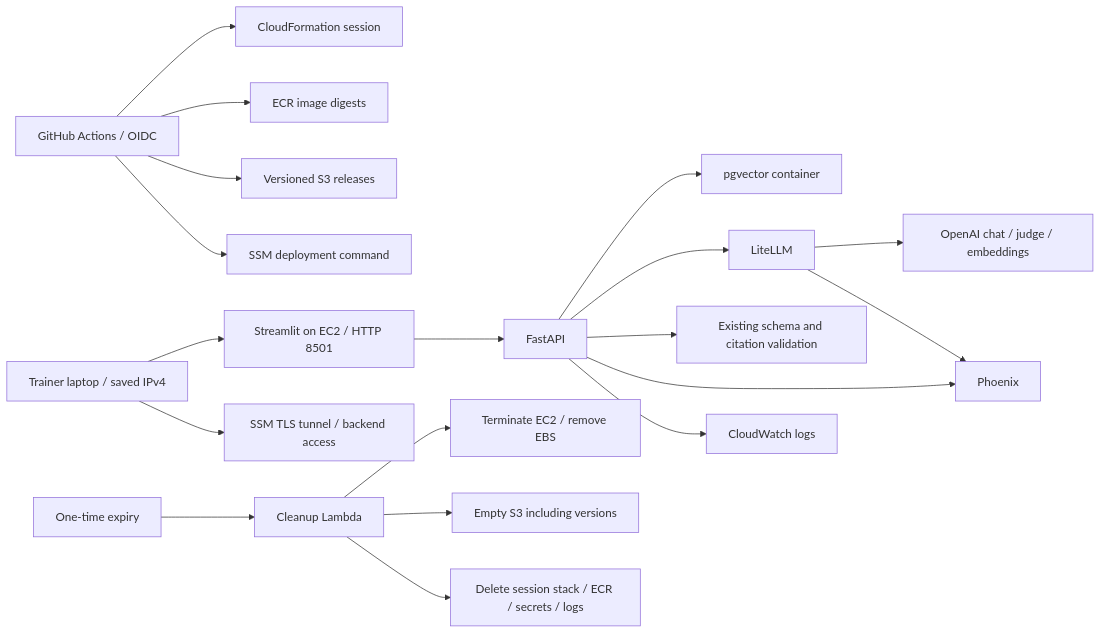
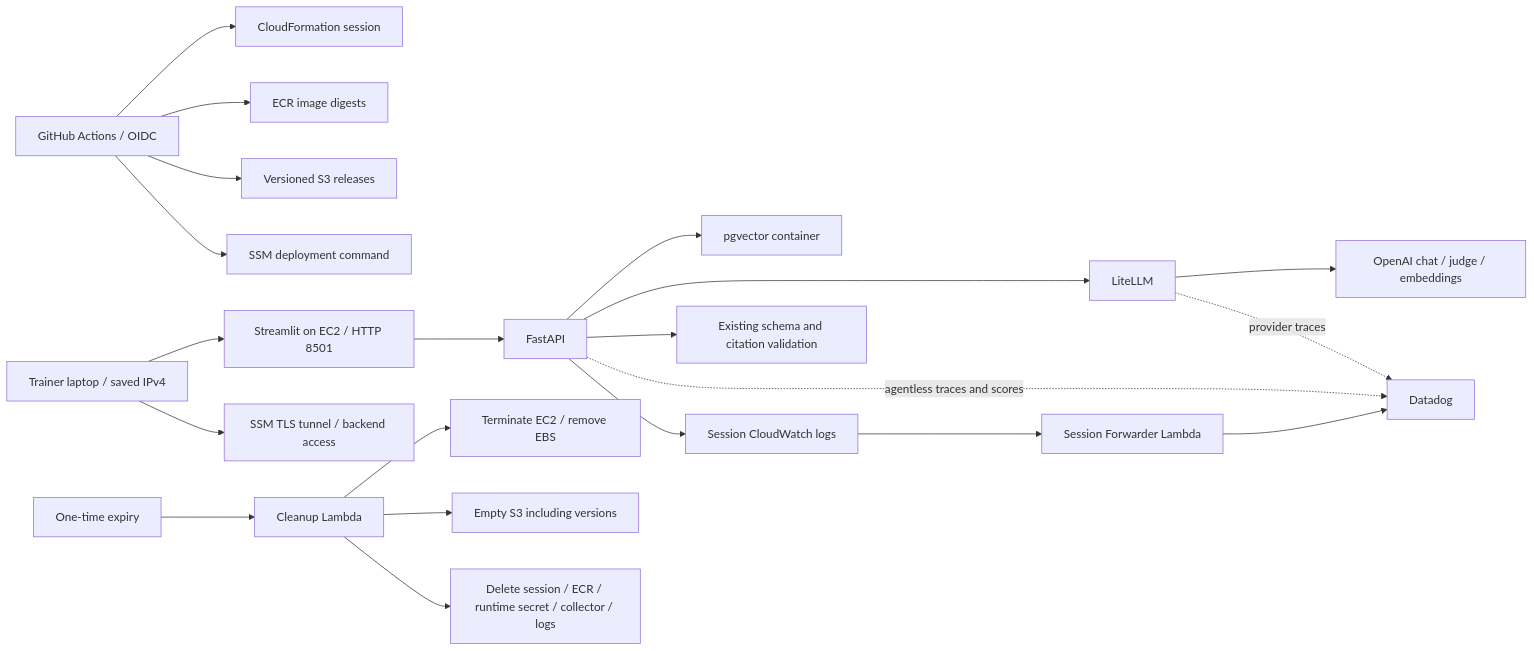
One commit to pankajshakya627/LLMOps changed the diagram in infra/aws/README.md. Above: the diagram before and after it, drawn with Mermaid. The commit also changed other lines of this file and 15 other files, not shown here.

First line of the commit message:
feat: expose session-tagged Datadog views from the AWS workflow

````diff
--- a/infra/aws/README.md
+++ b/infra/aws/README.md
@@ -39,21 +40,23 @@
 ```mermaid
 flowchart LR
     G[GitHub Actions / OIDC] --> C[CloudFormation session]
     G --> E[ECR image digests]
     G --> S[Versioned S3 releases]
     G --> M[SSM deployment command]
     U[Trainer laptop / saved IPv4] --> UI[Streamlit on EC2 / HTTP 8501]
     U --> T[SSM TLS tunnel / backend access]
     UI --> API[FastAPI]
     API --> PG[pgvector container]
     API --> L[LiteLLM]
     L --> B[OpenAI chat / judge / embeddings]
     API --> V[Existing schema and citation validation]
-    API --> P[Phoenix]
-    L --> P
-    API --> CW[CloudWatch logs]
+    API -. agentless traces and scores .-> D[Datadog]
+    L -. provider traces .-> D
+    API --> CW[Session CloudWatch logs]
+    CW --> F[Session Forwarder Lambda]
+    F --> D
     X[One-time expiry] --> CL[Cleanup Lambda]
     CL --> Stop[Terminate EC2 / remove EBS]
     CL --> Empty[Empty S3 including versions]
-    CL --> Delete[Delete session stack / ECR / secrets / logs]
+    CL --> Delete[Delete session / ECR / runtime secret / collector / logs]
 ```
````
